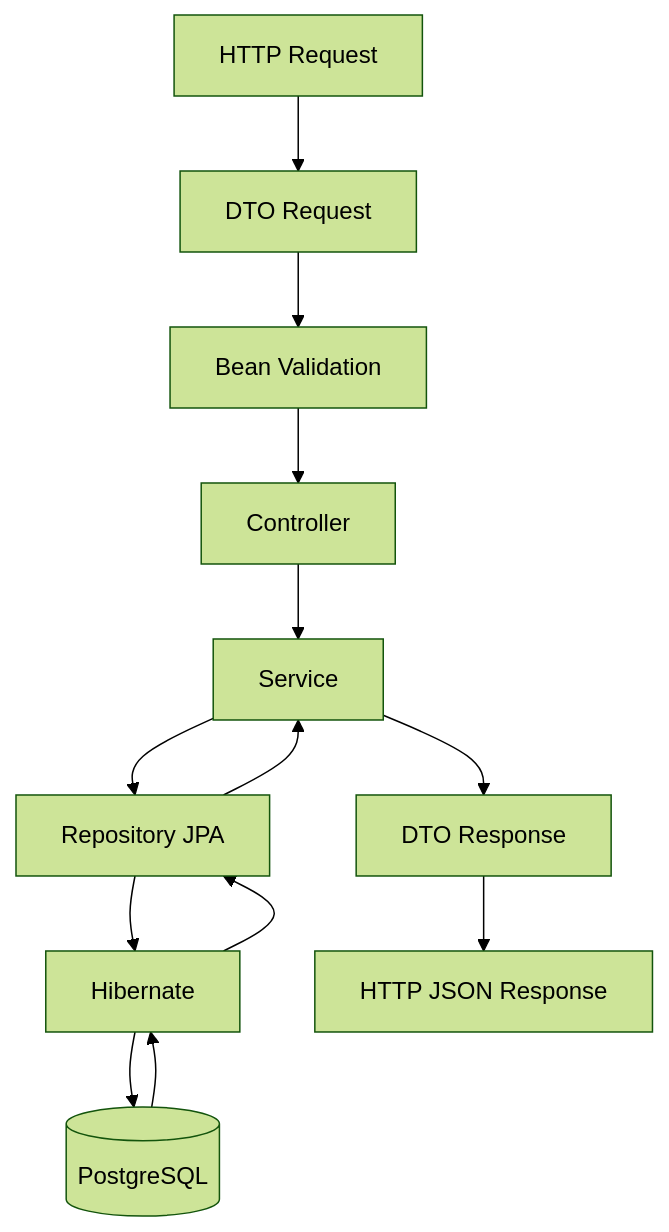
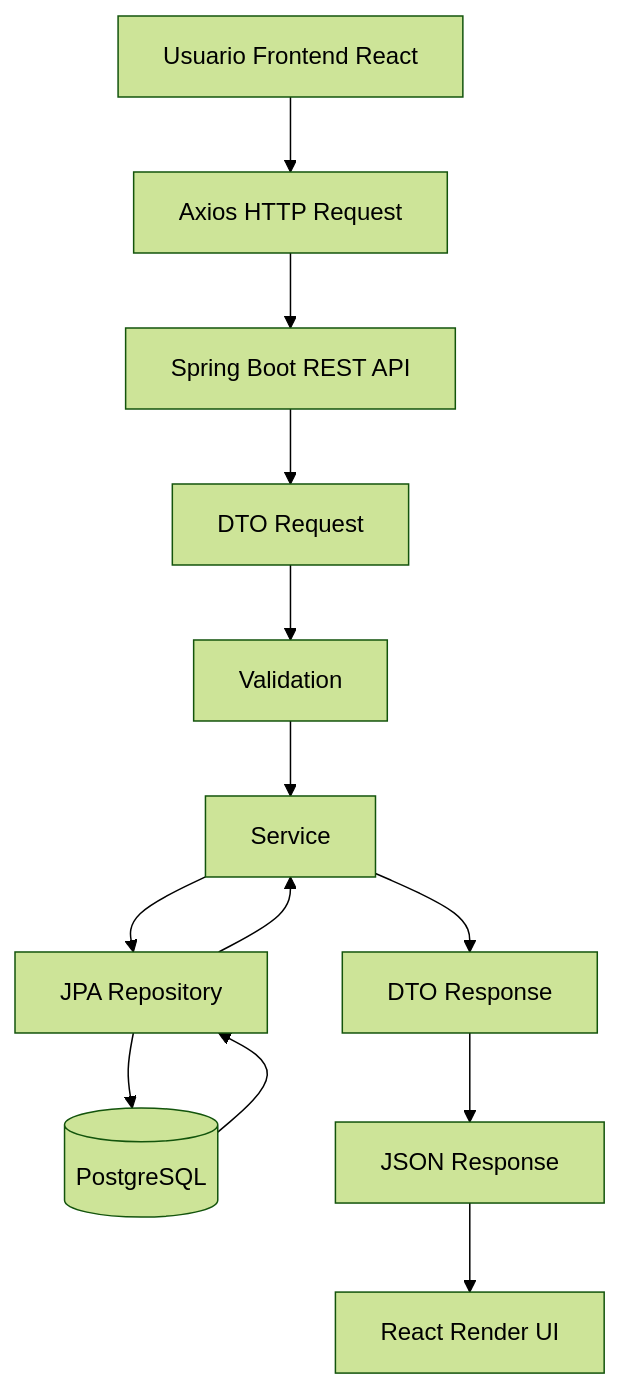
Before and after one commit to Nahuellunacab/protecciones-trazabilidad: the second of 7 diagrams in README.md, drawn with Mermaid (forest theme). The commit also changed other lines of this file, not shown here.

````diff
--- a/README.md
+++ b/README.md
@@ -78,26 +88,28 @@
 ```mermaid
 flowchart TD
 
-    A[HTTP Request]
-        --> B[DTO Request]
+    A[Usuario Frontend React]
+        --> B[Axios HTTP Request]
 
-    B --> C[Bean Validation]
+    B --> C[Spring Boot REST API]
 
-    C --> D[Controller]
+    C --> D[DTO Request]
 
-    D --> E[Service]
+    D --> E[Validation]
 
-    E --> F[Repository JPA]
+    E --> F[Service]
 
-    F --> G[Hibernate]
+    F --> G[JPA Repository]
 
     G --> H[(PostgreSQL)]
 
     H --> G
+
     G --> F
-    F --> E
 
-    E --> I[DTO Response]
+    F --> I[DTO Response]
 
-    I --> J[HTTP JSON Response]
+    I --> J[JSON Response]
+
+    J --> K[React Render UI]
 ```
````
